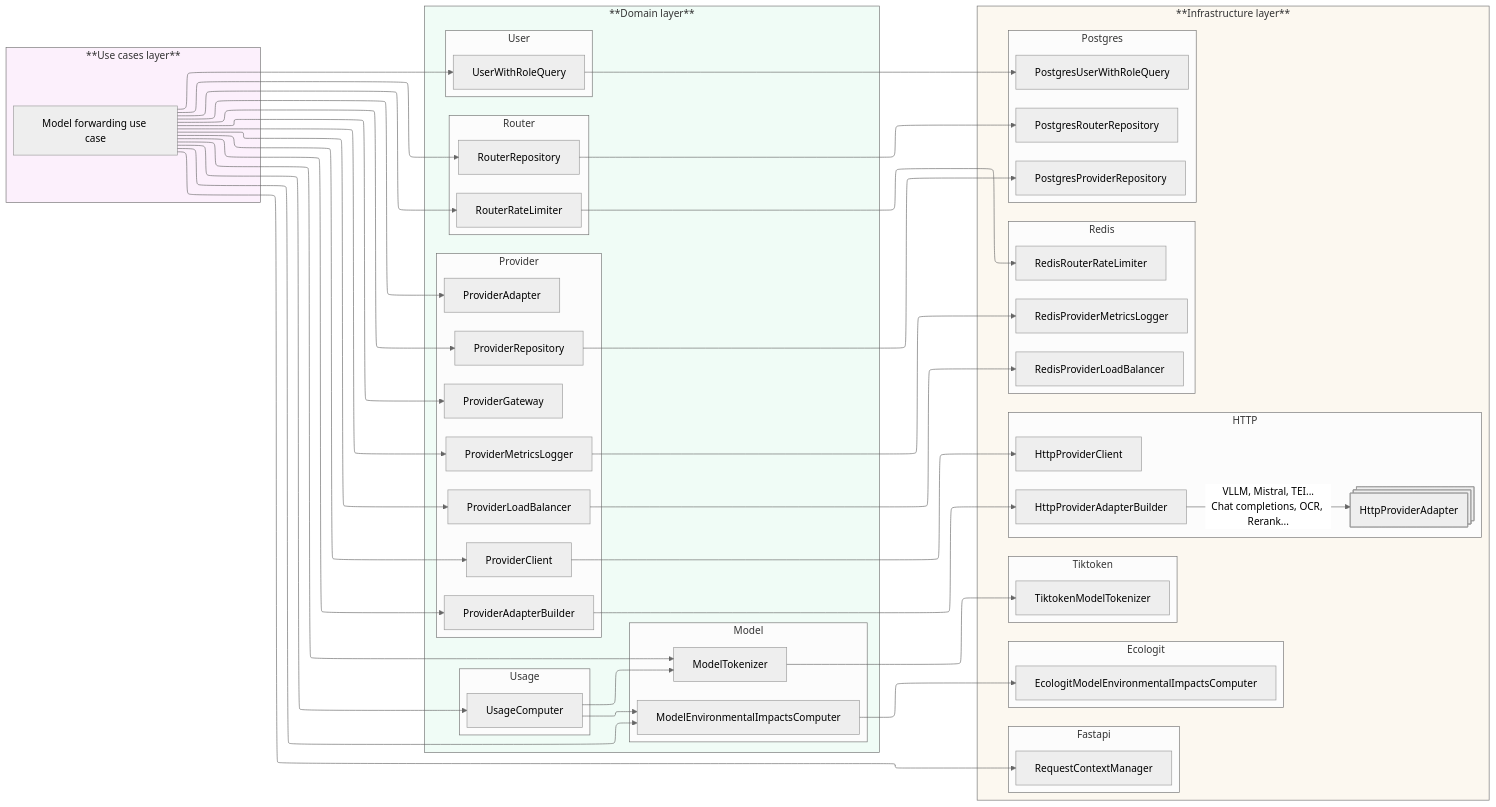
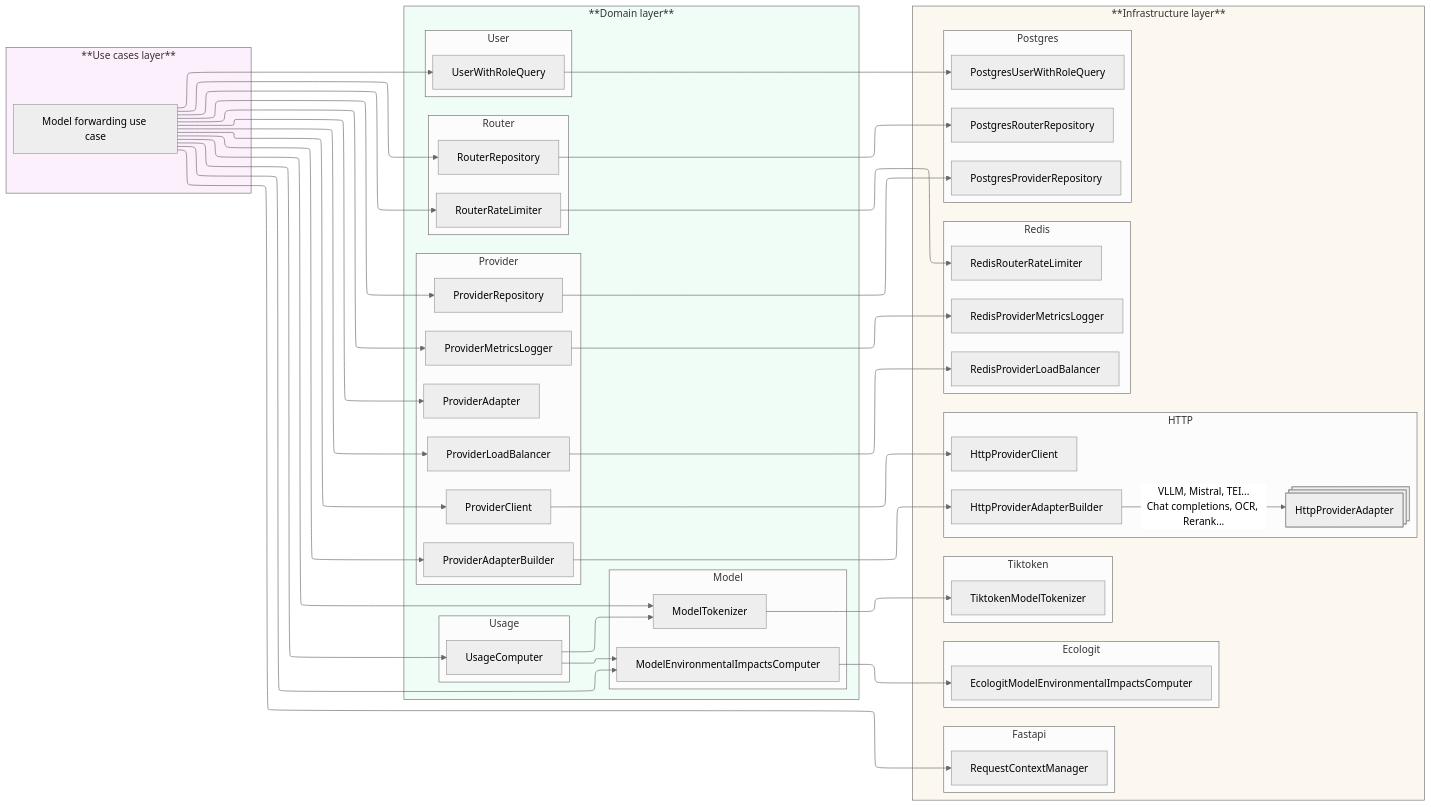
The third of 3 diagrams in adr/2026-05-28-refactoring-model-forwarding.md (etalab-ia/OpenGateLLM), drawn with Mermaid (neutral theme) before and after one commit. The commit also changed other lines of this file and 21 other files, not shown here.

First line of the commit message:
refacto(admin): Remove ModelProviderGateway (#972)

```diff
--- a/adr/2026-05-28-refactoring-model-forwarding.md
+++ b/adr/2026-05-28-refactoring-model-forwarding.md
@@ -134,7 +135,6 @@
         provider_adapter_builder[ProviderAdapterBuilder]
         provider_adapter[ProviderAdapter]
         provider_repository[ProviderRepository]
-        provider_gateway[ProviderGateway]
         provider_load_balancer[ProviderLoadBalancer]
         provider_client[ProviderClient]
         provider_metrics_logger[ProviderMetricsLogger]
@@ -187,7 +187,6 @@
 use_case --> provider_repository
 use_case --> provider_adapter_builder
 use_case --> provider_adapter
-use_case --> provider_gateway
 use_case --> provider_load_balancer
 use_case --> provider_client
 use_case --> provider_metrics_logger
@@ -197,8 +196,6 @@
 use_case --> usage_computer
 usage_computer --> model_environmental_impacts_computer
 usage_computer --> model_tokenizer
-
-
 
 provider_adapter_builder --> http_provider_adapter_builder
 provider_client --> http_provider_client
```
